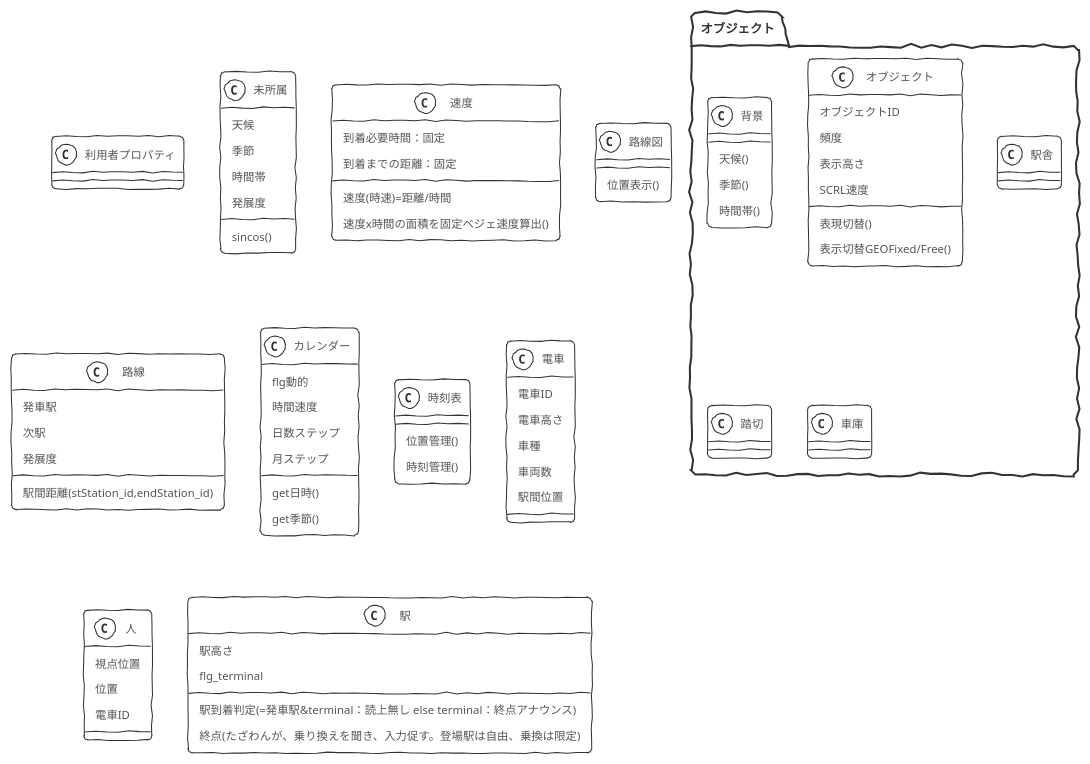
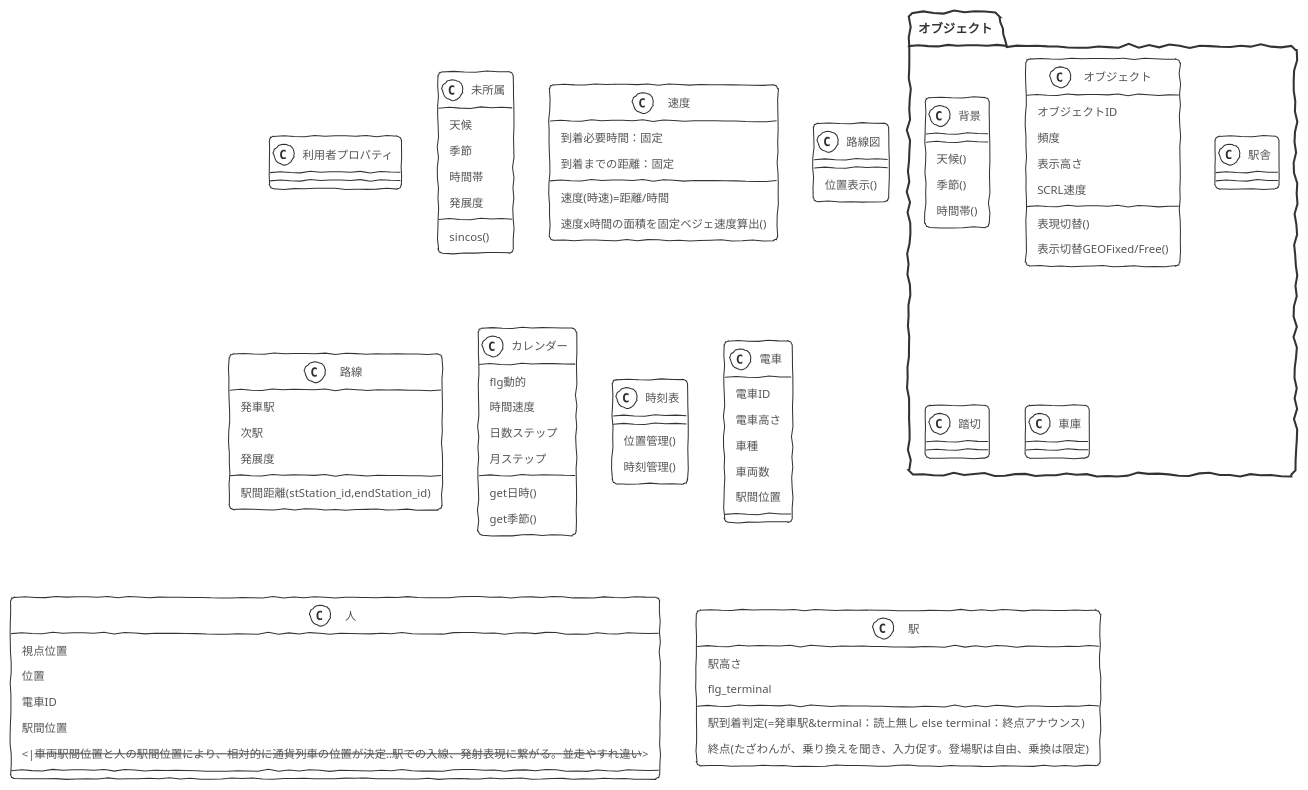
Before and after one commit to ssmxgo/tazawa_prj01: the diagram in tazawa.puml, drawn with PlantUML.

Commit message:
Update tazawa.puml
相対位置とその表現

```diff
--- a/tazawa.puml
+++ b/tazawa.puml
@@ -1,93 +1,95 @@
 @startuml まとめ
 !theme sketchy-outline
 
 class 利用者プロパティ{
 }
 
 class 未所属{
     天候
     季節
     時間帯
     発展度
     sincos()
 }
 
 Class 速度{
 到着必要時間：固定
 到着までの距離：固定
 速度(時速)=距離/時間
 速度x時間の面積を固定ベジェ速度算出()
 
 }
 
 
 
 class 路線図 {
     位置表示()
 }
 class 路線 {
     発車駅
     次駅
 駅間距離(stStation_id,endStation_id)
     発展度
 }
 class カレンダー{
     flg動的
     時間速度
     日数ステップ
     月ステップ
     get日時()
     get季節()
 }
 class 時刻表{
     位置管理()
     時刻管理()
 }
 
 class 電車 {
     電車ID
     電車高さ
     車種
     車両数
 駅間位置
 }
 
 class 人 {
     視点位置
     位置
     電車ID
+駅間位置
+    <|--車両駅間位置と人の駅間位置により、相対的に通貨列車の位置が決定‥駅での入線、発射表現に繋がる。並走やすれ違い-->
 }
 
 
 class 駅 {
     駅高さ
     flg_terminal
     駅到着判定(=発車駅&terminal：読上無し else terminal：終点アナウンス)
     終点(たざわんが、乗り換えを聞き、入力促す。登場駅は自由、乗換は限定)
 }
 
 package オブジェクト{
 class 背景{
     天候()
     季節()
     時間帯()
 }
 
 
 
 '各風景 駅舎 建築物
 class オブジェクト{
     オブジェクトID
     頻度
     表示高さ
     SCRL速度
     表現切替()
     表示切替GEOFixed/Free()
 }
 class 駅舎{}
 class 踏切{}
 class 車庫{}
 
 }
 
 @enduml
```
